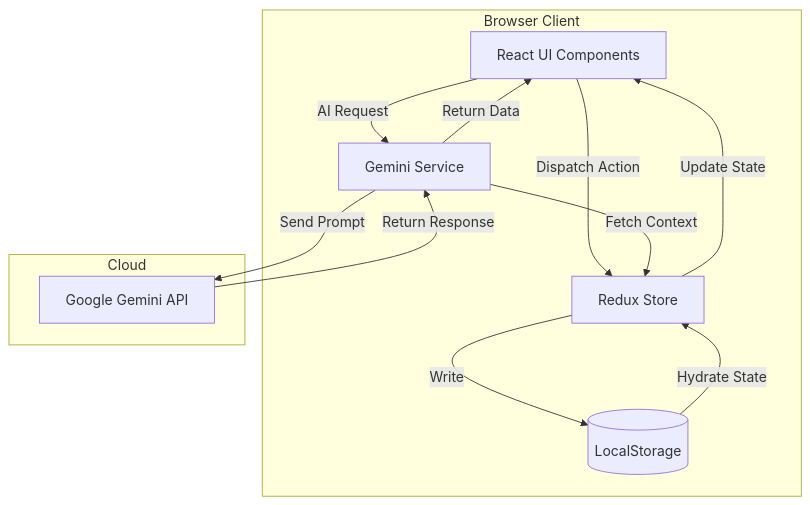
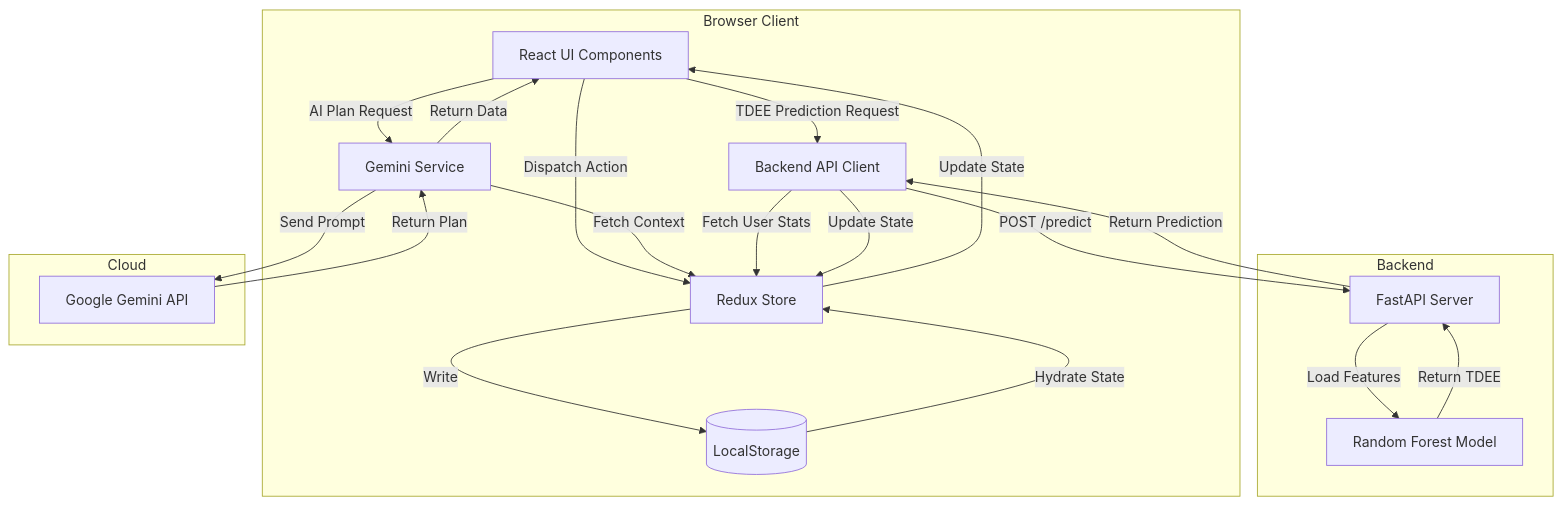
Before and after one commit to SyntaxByGulshan/AI-HealthCoach: the first of 7 diagrams in docs/SYSTEM_DEVELOPMENT_PLAN.md, drawn with Mermaid. The commit also changed other lines of this file and 17 other files, not shown here.

Commit message:
feat: Implement initial full-stack AI Health Coach application with frontend UI, backend ML service, and comprehensive system architecture documentation.

````diff
--- a/docs/SYSTEM_DEVELOPMENT_PLAN.md
+++ b/docs/SYSTEM_DEVELOPMENT_PLAN.md
@@ -85,24 +94,38 @@
 ```mermaid
 graph TD
     subgraph Browser Client
         UI[React UI Components]
         Store[Redux Store]
         LS[(LocalStorage)]
-        Service[Gemini Service]
+        GeminiService[Gemini Service]
+        APIClient[Backend API Client]
+    end
+    
+    subgraph Backend
+        FastAPI[FastAPI Server]
+        MLModel[Random Forest Model]
     end
     
     subgraph Cloud
         Gemini[Google Gemini API]
     end
 
     UI -- Dispatch Action --> Store
     Store -- Update State --> UI
     Store -- Write --> LS
     LS -- Hydrate State --> Store
 
-    UI -- AI Request --> Service
-    Service -- Fetch Context --> Store
-    Service -- Send Prompt --> Gemini
-    Gemini -- Return Response --> Service
-    Service -- Return Data --> UI
+    UI -- AI Plan Request --> GeminiService
+    GeminiService -- Fetch Context --> Store
+    GeminiService -- Send Prompt --> Gemini
+    Gemini -- Return Plan --> GeminiService
+    GeminiService -- Return Data --> UI
+    
+    UI -- TDEE Prediction Request --> APIClient
+    APIClient -- Fetch User Stats --> Store
+    APIClient -- POST /predict --> FastAPI
+    FastAPI -- Load Features --> MLModel
+    MLModel -- Return TDEE --> FastAPI
+    FastAPI -- Return Prediction --> APIClient
+    APIClient -- Update State --> Store
 ```
````
